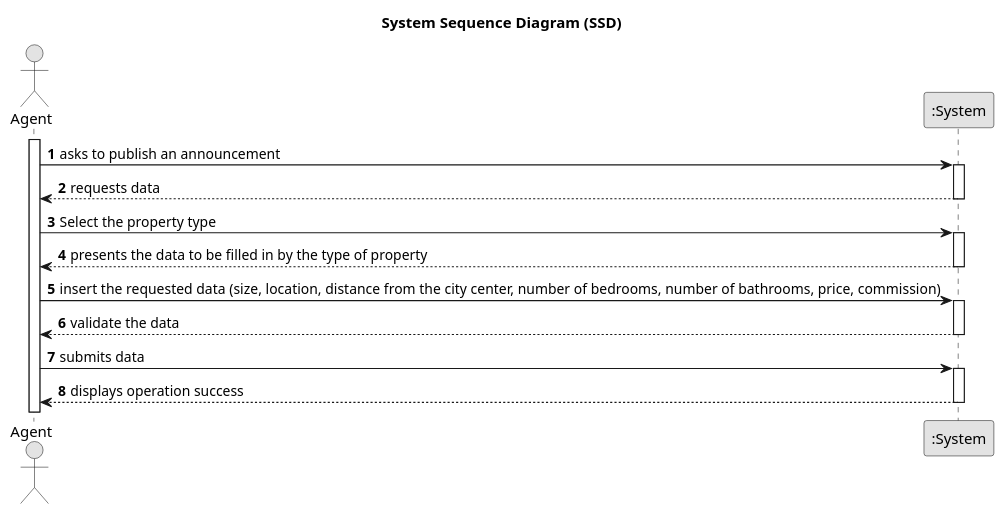
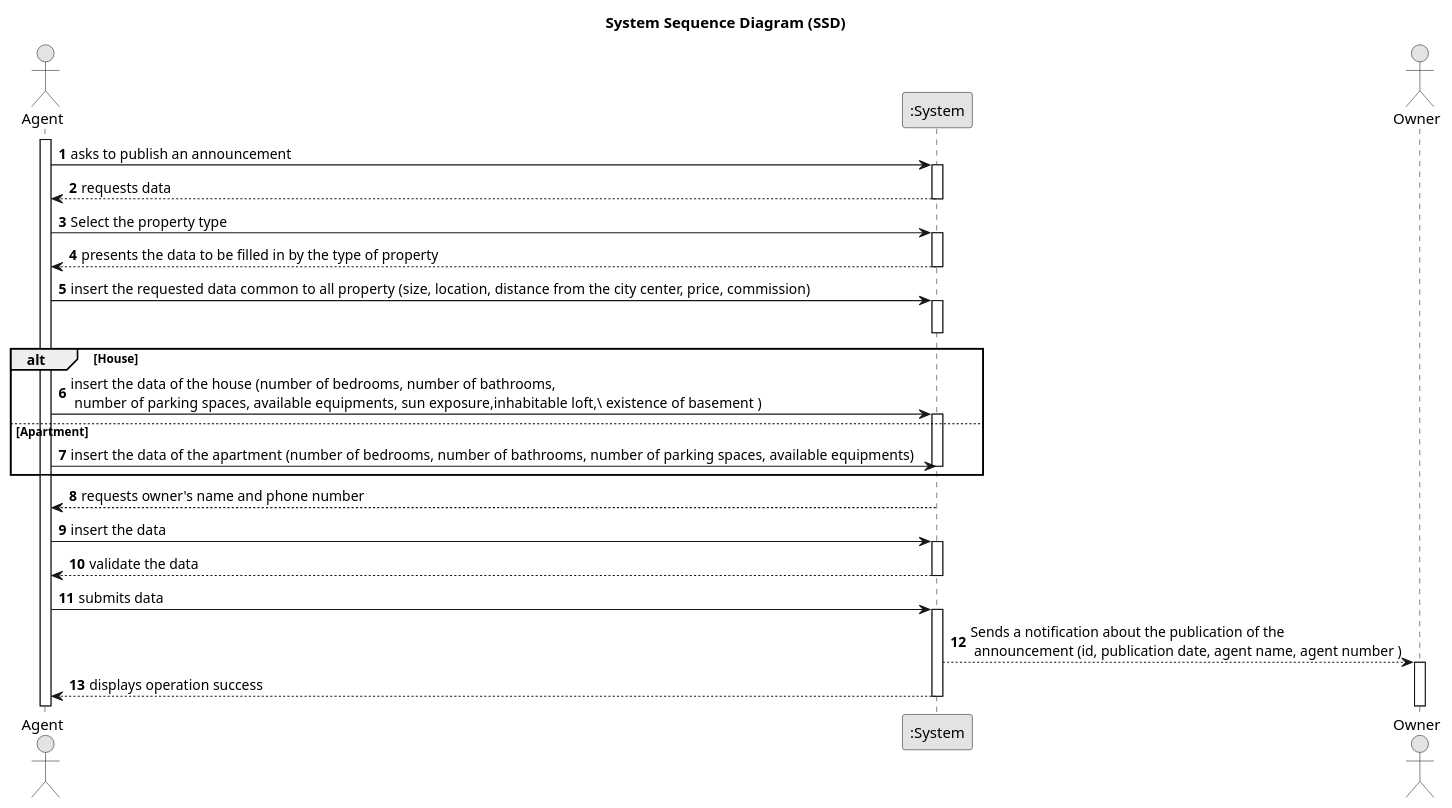
One commit to tiagohcorreia/LAPR2 changed the diagram in docs/sprintD/US002/01.requirements-engineering/puml/US2-SSD.puml. Above: the diagram before and after it, drawn with PlantUML. The commit also changed 17 other files, not shown here.

```diff
--- a/docs/sprintD/US002/01.requirements-engineering/puml/US2-SSD.puml
+++ b/docs/sprintD/US002/01.requirements-engineering/puml/US2-SSD.puml
@@ -1,40 +1,69 @@
 @startuml
 skinparam monochrome true
 skinparam packageStyle rectangle
 skinparam shadowing false
 
 title System Sequence Diagram (SSD)
 
 autonumber
 
 actor "Agent" as Employee
 participant ":System" as System
+actor "Owner" as Owner
 
 activate Employee
 
     Employee -> System : asks to publish an announcement
     activate System
 
         System --> Employee : requests data
     deactivate System
 
     Employee -> System : Select the property type
     activate System
 
+
+
         System --> Employee : presents the data to be filled in by the type of property
 
     deactivate System
 
-    Employee -> System : insert the requested data (size, location, distance from the city center, number of bedrooms, number of bathrooms, price, commission)
+    Employee -> System : insert the requested data common to all property (size, location, distance from the city center, price, commission)
     activate System
+
+    alt House
+
+    deactivate System
+
+        Employee -> System : insert the data of the house (number of bedrooms, number of bathrooms,\n number  of parking spaces, available equipments, sun exposure,inhabitable loft,\ existence of basement )
+            activate System
+
+       else Apartment
+             Employee -> System : insert the data of the apartment (number of bedrooms, number of bathrooms, number  of parking spaces, available equipments)
+                        deactivate System
+
+             end
+
+    activate System
+
+          System --> Employee : requests owner's name and phone number
+          deactivate System
+
+         Employee -> System : insert the data
+            activate System
+
+
 
         System --> Employee : validate the data
     deactivate System
 
     Employee -> System : submits data
     activate System
 
-        System --> Employee : displays operation success
-    deactivate System
+     System --> Owner : Sends a notification about the publication of the\n announcement (id, publication date, agent name, agent number )
+        activate Owner
+
+     System --> Employee : displays operation success
+            deactivate System
 
 @enduml
```
